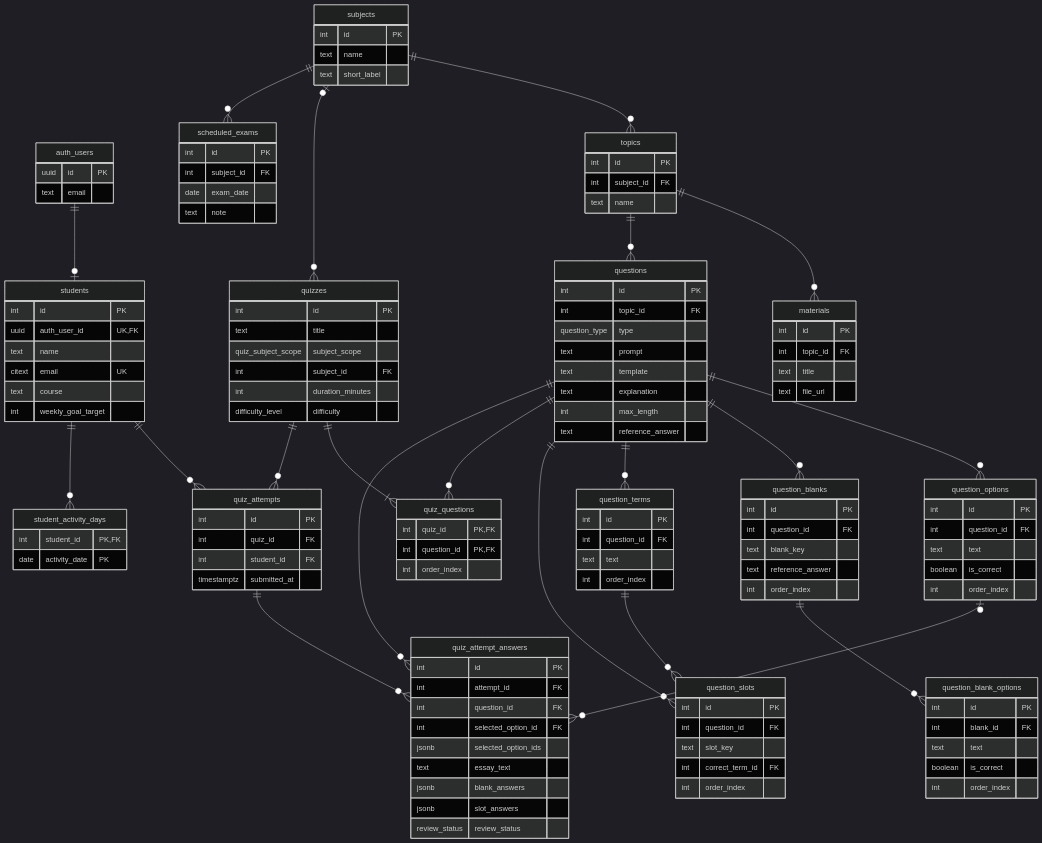
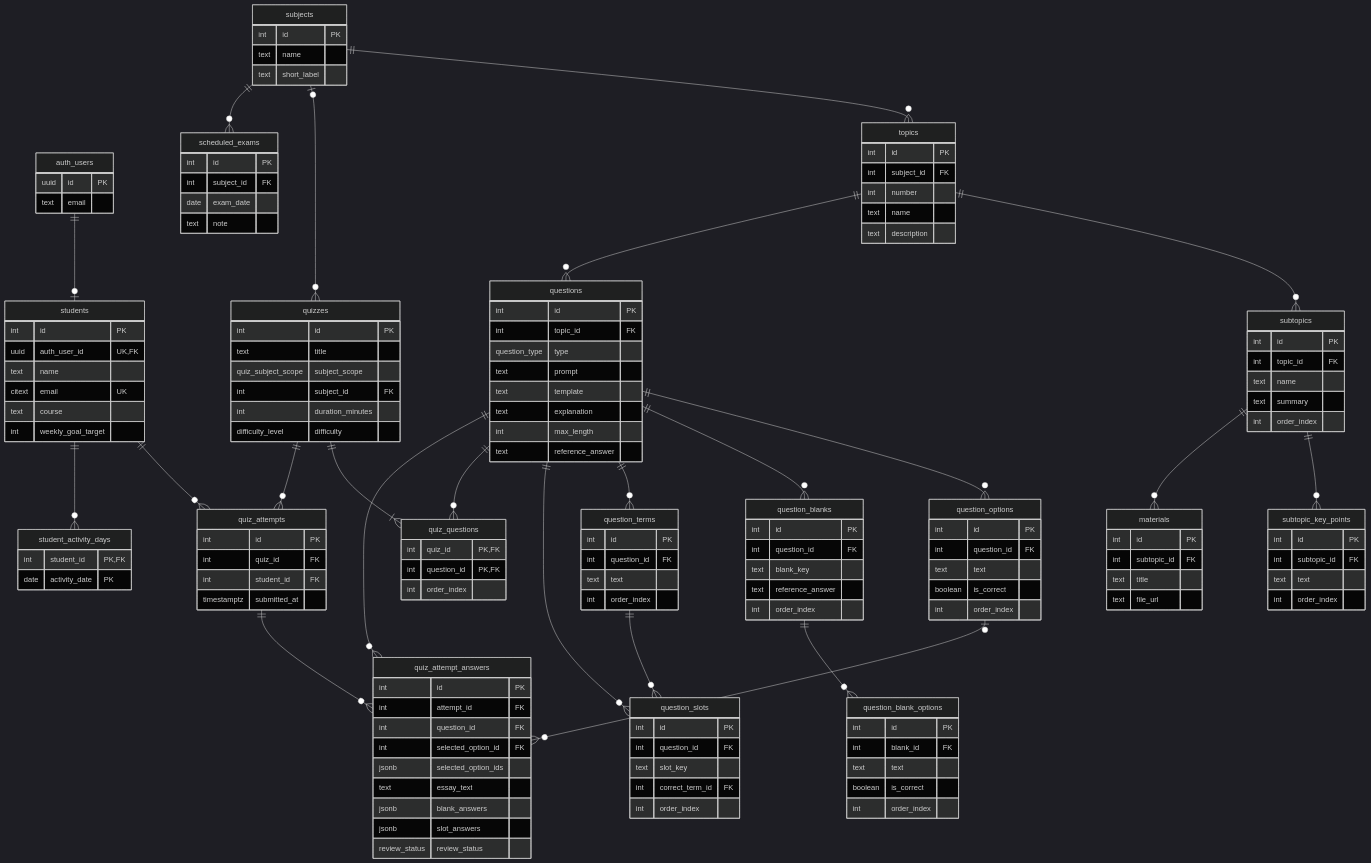
The second of 2 diagrams in docs/06-modelagem-de-dados.md (igor-fuchs01/student-app), drawn with Mermaid (dark theme) before and after one commit. The commit also changed other lines of this file, not shown here.

Commit message:
docs: document the subject detail tables
Subassunto joins the entities, the relationships, both diagrams and the
entity-to-table map, and materials now hang from it. subtopics leaves the
out-of-MVP list, where it had been parked.

```diff
--- a/docs/06-modelagem-de-dados.md
+++ b/docs/06-modelagem-de-dados.md
@@ -270,7 +275,9 @@
     students ||--o{ student_activity_days : ""
 
     subjects ||--o{ topics : ""
-    topics ||--o{ materials : ""
+    topics ||--o{ subtopics : ""
+    subtopics ||--o{ subtopic_key_points : ""
+    subtopics ||--o{ materials : ""
     topics ||--o{ questions : ""
 
     questions ||--o{ question_options : ""
@@ -313,12 +320,29 @@
     topics {
         int id PK
         int subject_id FK
+        int number
         text name
+        text description
+    }
+
+    subtopics {
+        int id PK
+        int topic_id FK
+        text name
+        text summary
+        int order_index
+    }
+
+    subtopic_key_points {
+        int id PK
+        int subtopic_id FK
+        text text
+        int order_index
     }
 
     materials {
         int id PK
-        int topic_id FK
+        int subtopic_id FK
         text title
         text file_url
     }
```
